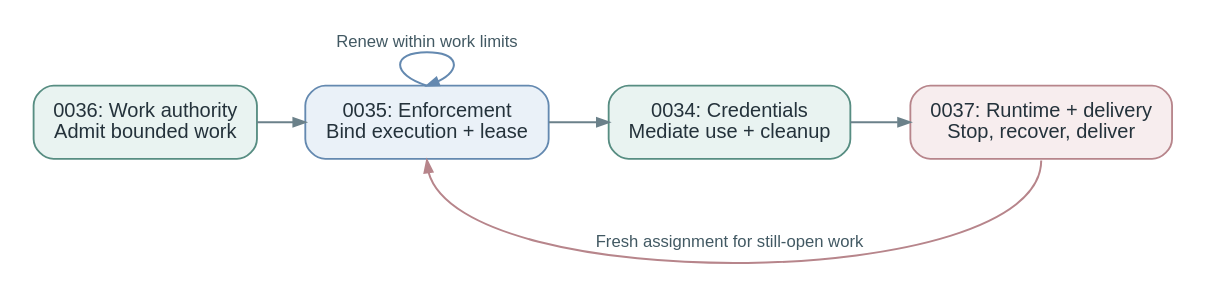
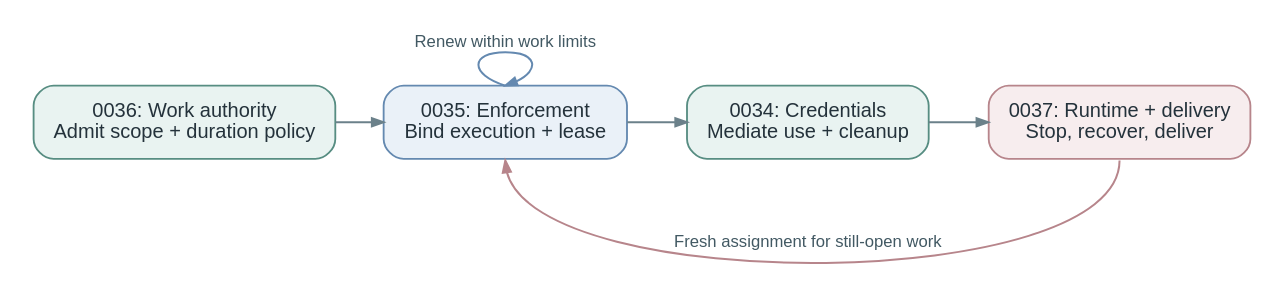
The diagram in rfcs/0027/runtime-access-overview.dot (openclaw/rfcs), drawn with Graphviz before and after one commit. The commit also changed 9 other files, not shown here.

```diff
--- a/rfcs/0027/runtime-access-overview.dot
+++ b/rfcs/0027/runtime-access-overview.dot
@@ -1,16 +1,16 @@
 digraph RuntimeAccessOverview {
   graph [rankdir=LR, bgcolor="white", pad="0.18", nodesep="0.28", ranksep="0.38", splines=spline, fontname="Arial", fontsize=11];
   node [shape=box, style="rounded,filled", fontname="Arial", fontsize=12, fontcolor="#24323B", color="#82949D", penwidth=1.1, margin="0.16,0.12"];
   edge [fontname="Arial", fontsize=10, fontcolor="#425963", color="#6B818A", penwidth=1.2, arrowsize=0.7];
 
-  work [label="0036: Work authority\nAdmit bounded work", fillcolor="#E9F3F1", color="#578D82"];
+  work [label="0036: Work authority\nAdmit scope + duration policy", fillcolor="#E9F3F1", color="#578D82"];
   identity [label="0035: Enforcement\nBind execution + lease", fillcolor="#EAF1F8", color="#6489B0"];
   credentials [label="0034: Credentials\nMediate use + cleanup", fillcolor="#E9F3F1", color="#578D82"];
   lifecycle [label="0037: Runtime + delivery\nStop, recover, deliver", fillcolor="#F7EDEE", color="#B7858B"];
 
   work -> identity;
   identity -> credentials;
   credentials -> lifecycle;
   identity:n -> identity:n [label="Renew within work limits", color="#6489B0"];
   lifecycle:s -> identity:s [label="Fresh assignment for still-open work", constraint=false, color="#B7858B"];
 }
```
